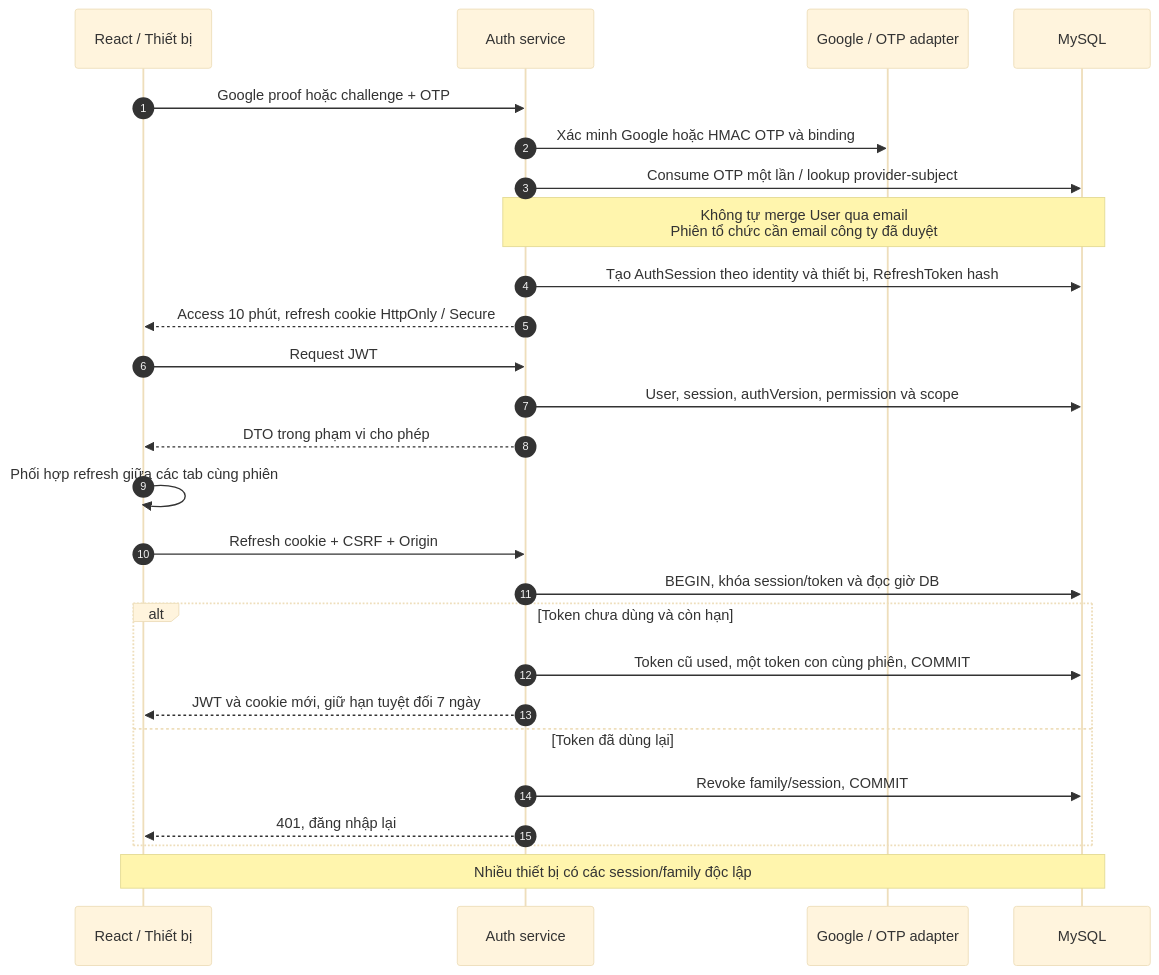
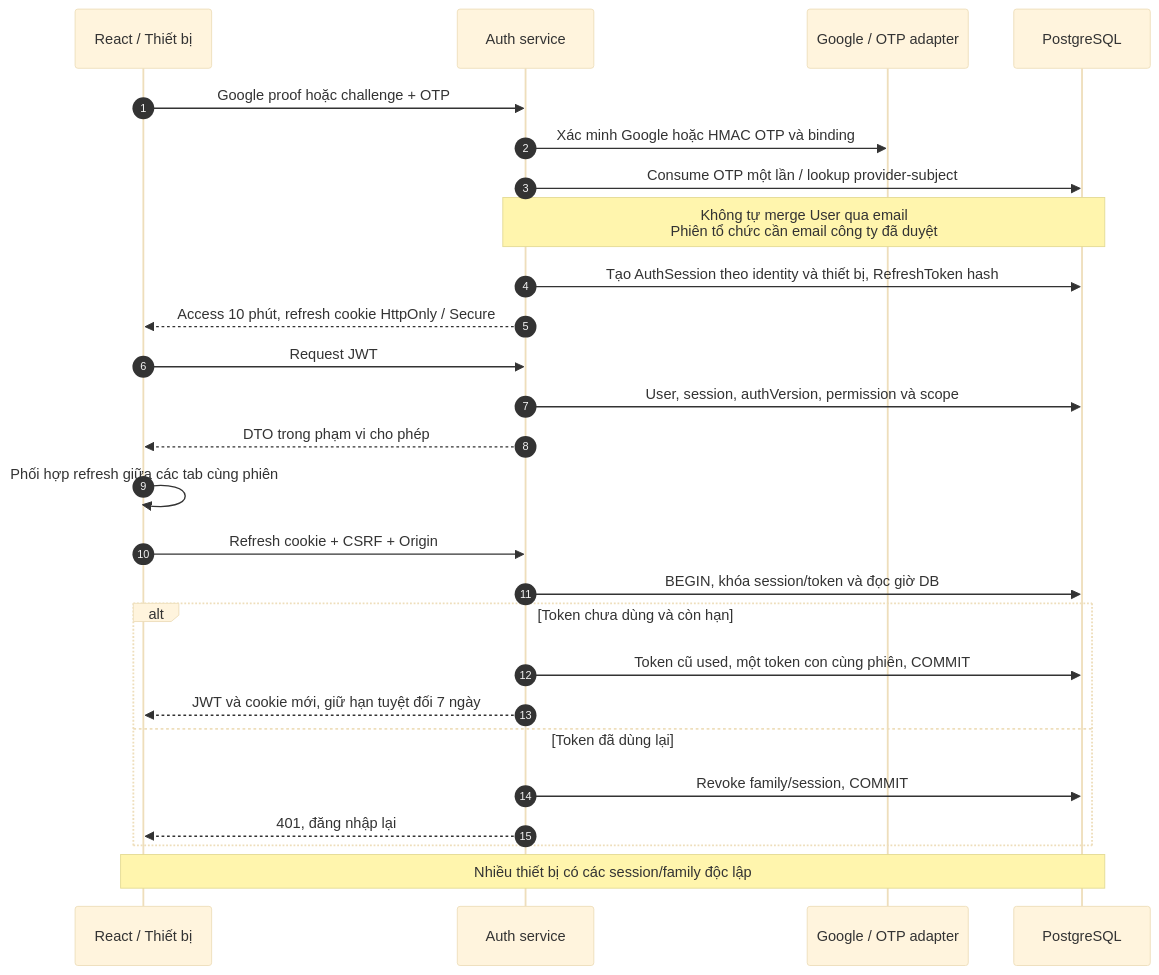
One commit to TienTrn05/Event_booking_ticket changed the diagram in Docs/diagrams/12-auth-refresh.mmd. Above: the diagram before and after it, drawn with Mermaid (base theme). The commit also changed 180 other files, not shown here.

```diff
--- a/Docs/diagrams/12-auth-refresh.mmd
+++ b/Docs/diagrams/12-auth-refresh.mmd
@@ -1,26 +1,26 @@
 sequenceDiagram
     autonumber
     participant UI as React / Thiết bị
     participant API as Auth service
     participant ID as Google / OTP adapter
-    participant DB as MySQL
+    participant DB as PostgreSQL
     UI->>API: Google proof hoặc challenge + OTP
     API->>ID: Xác minh Google hoặc HMAC OTP và binding
     API->>DB: Consume OTP một lần / lookup provider-subject
     Note over API,DB: Không tự merge User qua email<br/>Phiên tổ chức cần email công ty đã duyệt
     API->>DB: Tạo AuthSession theo identity và thiết bị, RefreshToken hash
     API-->>UI: Access 10 phút, refresh cookie HttpOnly / Secure
     UI->>API: Request JWT
     API->>DB: User, session, authVersion, permission và scope
     API-->>UI: DTO trong phạm vi cho phép
     UI->>UI: Phối hợp refresh giữa các tab cùng phiên
     UI->>API: Refresh cookie + CSRF + Origin
     API->>DB: BEGIN, khóa session/token và đọc giờ DB
     alt Token chưa dùng và còn hạn
       API->>DB: Token cũ used, một token con cùng phiên, COMMIT
       API-->>UI: JWT và cookie mới, giữ hạn tuyệt đối 7 ngày
     else Token đã dùng lại
       API->>DB: Revoke family/session, COMMIT
       API-->>UI: 401, đăng nhập lại
     end
     Note over UI,DB: Nhiều thiết bị có các session/family độc lập
```
